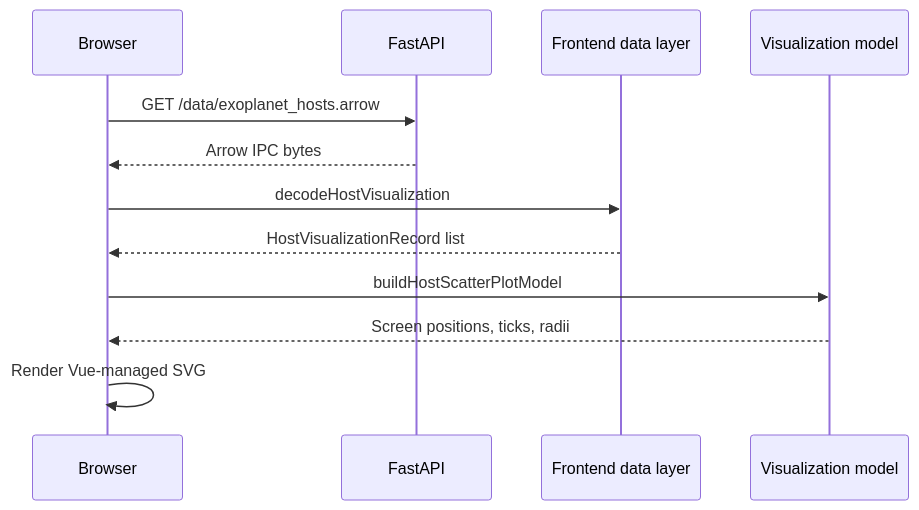
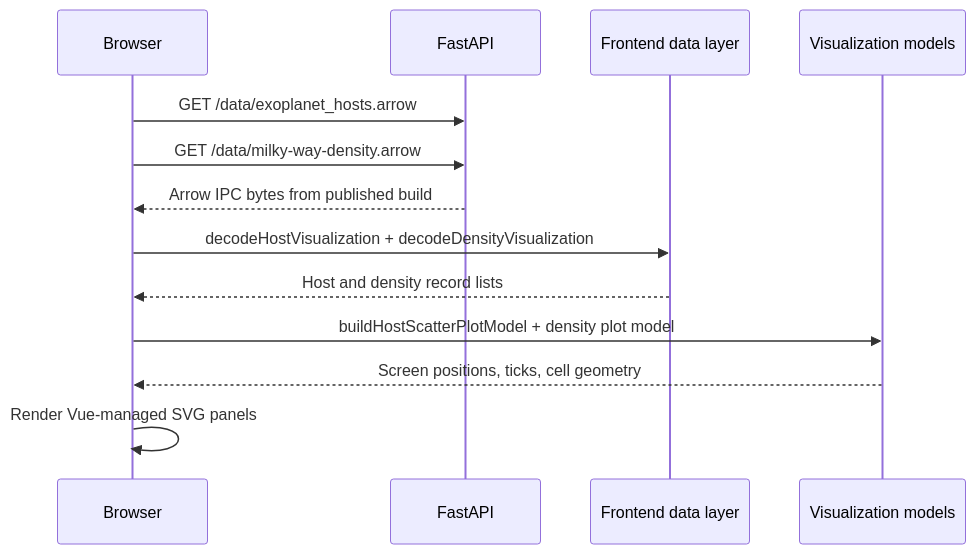
The second of 4 diagrams in docs/DATA_FLOW.md (sunvonog/milky-way-explorer), drawn with Mermaid before and after one commit. The commit also changed other lines of this file and 73 other files, not shown here.

````diff
--- a/docs/DATA_FLOW.md
+++ b/docs/DATA_FLOW.md
@@ -443,15 +478,16 @@
 ```mermaid
 sequenceDiagram
     participant B as Browser
     participant A as FastAPI
     participant F as Frontend data layer
-    participant V as Visualization model
+    participant V as Visualization models
 
     B->>A: GET /data/exoplanet_hosts.arrow
-    A-->>B: Arrow IPC bytes
-    B->>F: decodeHostVisualization
-    F-->>B: HostVisualizationRecord list
-    B->>V: buildHostScatterPlotModel
-    V-->>B: Screen positions, ticks, radii
-    B->>B: Render Vue-managed SVG
+    B->>A: GET /data/milky-way-density.arrow
+    A-->>B: Arrow IPC bytes from published build
+    B->>F: decodeHostVisualization + decodeDensityVisualization
+    F-->>B: Host and density record lists
+    B->>V: buildHostScatterPlotModel + density plot model
+    V-->>B: Screen positions, ticks, cell geometry
+    B->>B: Render Vue-managed SVG panels
 ```
````
